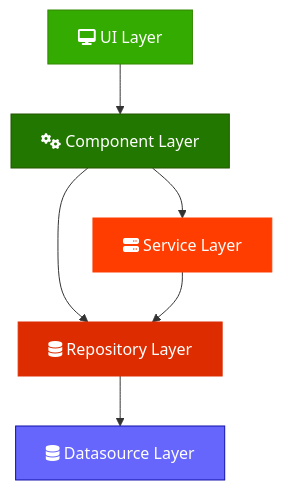
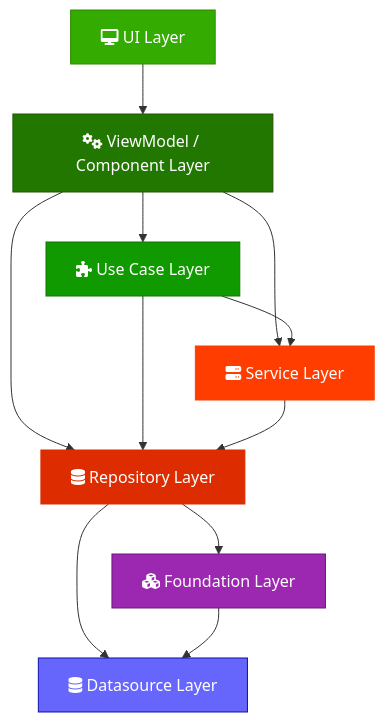
One commit to Darkrock-Studios/hammer-editor changed the second of 3 diagrams in docs/ARCHITECTURE.md. Above: the diagram before and after it, drawn with Mermaid. The commit also changed other lines of this file and 2 other files, not shown here.

````diff
--- a/docs/ARCHITECTURE.md
+++ b/docs/ARCHITECTURE.md
@@ -42,22 +56,31 @@
 ```mermaid
 flowchart TD
     UI["fa:fa-desktop UI Layer"]
-    Components["fa:fa-cogs Component Layer"]
+	Components["fa:fa-cogs ViewModel / Component Layer"]
+	UseCases["fa:fa-puzzle-piece Use Case Layer"]
     Services["fa:fa-server Service Layer"]
     Repositories["fa:fa-database Repository Layer"]
+	Foundation["fa:fa-cubes Foundation Layer"]
     Datasources["fa:fa-database Datasource Layer"]
 
     %% Edge connections between nodes
     UI --> Components
+	Components --> UseCases
     Components --> Services
     Components --> Repositories
+	UseCases --> Services
+	UseCases --> Repositories
     Services --> Repositories
+	Repositories --> Foundation
     Repositories --> Datasources
+	Foundation --> Datasources
 
     %% Styling for layers
     style UI fill:#33AB00, stroke:#338800, color:#FFFFFF
     style Components fill:#227700, stroke:#225500, color:#FFFFFF
+	style UseCases fill: #119900, stroke: #117700, color: #FFFFFF
     style Services fill:#FF3D00, stroke:#FF3D00, color:#FFFFFF
     style Repositories fill:#DD2C00, stroke:#DD2C00, color:#FFFFFF
+	style Foundation fill: #9C27B0, stroke: #6A1B7A, color: #FFFFFF
     style Datasources fill:#6666FC, stroke:#1111AA, color:#FFFFFF
 ```
````
